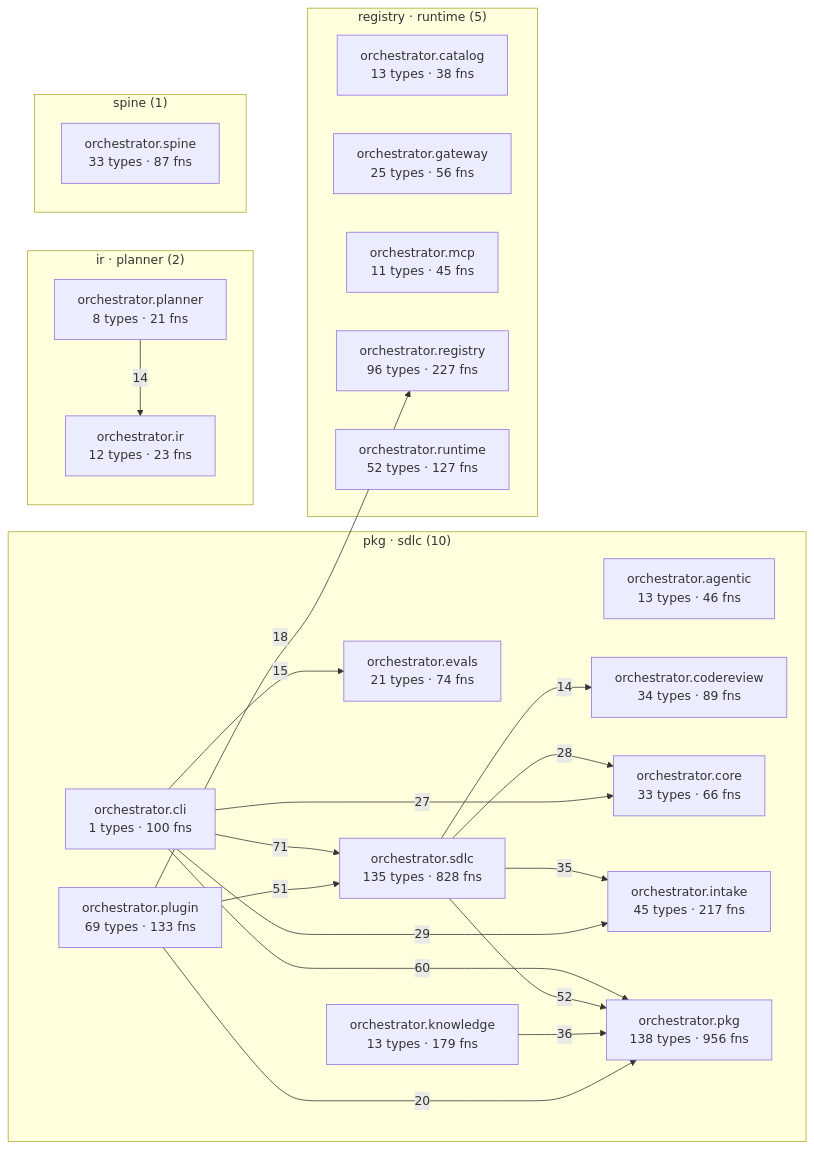
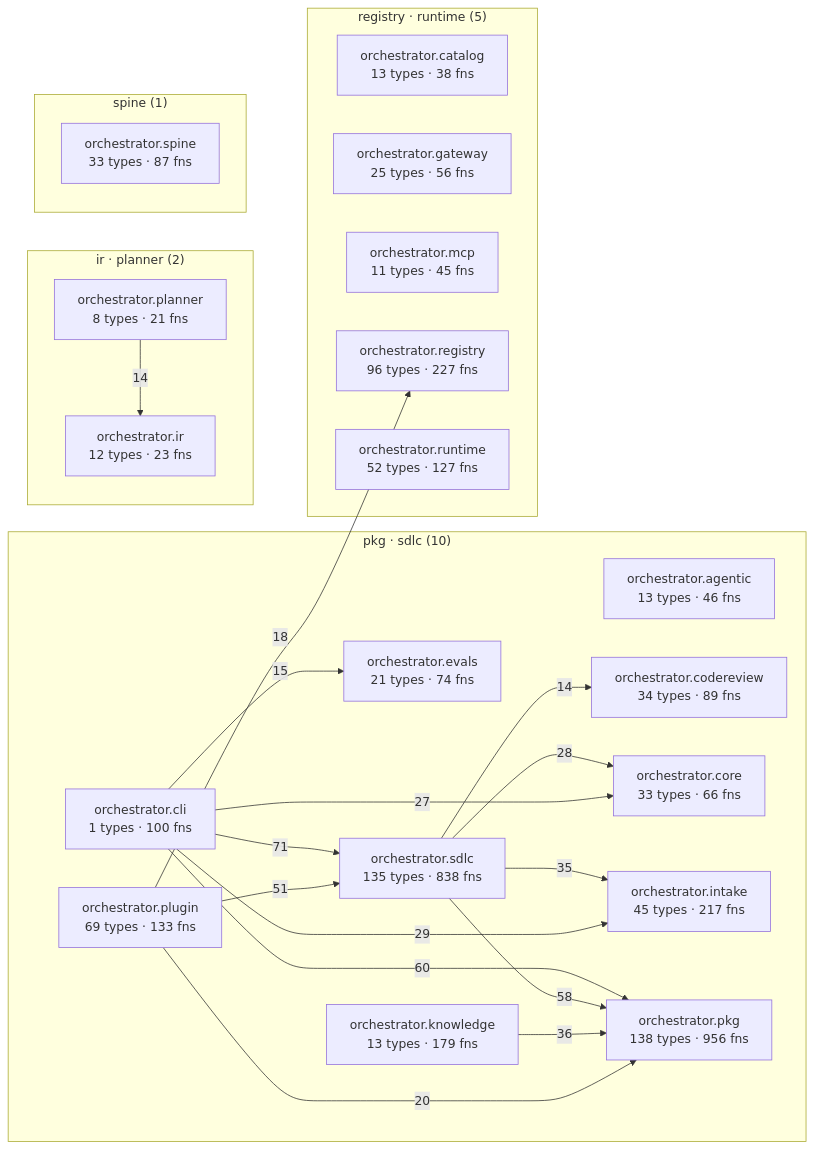
The diagram in episteme/architecture.md (palakupadhyay23/spine), drawn with Mermaid before and after one commit. The commit also changed other lines of this file and 19 other files, not shown here.

````diff
--- a/episteme/architecture.md
+++ b/episteme/architecture.md
@@ -54,43 +54,43 @@
 ```mermaid
 flowchart LR
   subgraph c_2["pkg · sdlc (10)"]
     aorchestratoragentic["orchestrator.agentic<br/>13 types · 46 fns"]
     aorchestratorcli["orchestrator.cli<br/>1 types · 100 fns"]
     aorchestratorcodereview["orchestrator.codereview<br/>34 types · 89 fns"]
     aorchestratorcore["orchestrator.core<br/>33 types · 66 fns"]
     aorchestratorevals["orchestrator.evals<br/>21 types · 74 fns"]
     aorchestratorintake["orchestrator.intake<br/>45 types · 217 fns"]
     aorchestratorknowledge["orchestrator.knowledge<br/>13 types · 179 fns"]
     aorchestratorpkg["orchestrator.pkg<br/>138 types · 956 fns"]
     aorchestratorplugin["orchestrator.plugin<br/>69 types · 133 fns"]
-    aorchestratorsdlc["orchestrator.sdlc<br/>135 types · 828 fns"]
+    aorchestratorsdlc["orchestrator.sdlc<br/>135 types · 838 fns"]
   end
   subgraph c_4["registry · runtime (5)"]
     aorchestratorcatalog["orchestrator.catalog<br/>13 types · 38 fns"]
     aorchestratorgateway["orchestrator.gateway<br/>25 types · 56 fns"]
     aorchestratormcp["orchestrator.mcp<br/>11 types · 45 fns"]
     aorchestratorregistry["orchestrator.registry<br/>96 types · 227 fns"]
     aorchestratorruntime["orchestrator.runtime<br/>52 types · 127 fns"]
   end
   subgraph c_7["ir · planner (2)"]
     aorchestratorir["orchestrator.ir<br/>12 types · 23 fns"]
     aorchestratorplanner["orchestrator.planner<br/>8 types · 21 fns"]
   end
   subgraph c_12["spine (1)"]
     aorchestratorspine["orchestrator.spine<br/>33 types · 87 fns"]
   end
   aorchestratorcli -->|71| aorchestratorsdlc
   aorchestratorcli -->|60| aorchestratorpkg
-  aorchestratorsdlc -->|52| aorchestratorpkg
+  aorchestratorsdlc -->|58| aorchestratorpkg
   aorchestratorplugin -->|51| aorchestratorsdlc
   aorchestratorknowledge -->|36| aorchestratorpkg
   aorchestratorsdlc -->|35| aorchestratorintake
   aorchestratorcli -->|29| aorchestratorintake
   aorchestratorsdlc -->|28| aorchestratorcore
   aorchestratorcli -->|27| aorchestratorcore
   aorchestratorplugin -->|20| aorchestratorpkg
   aorchestratorplugin -->|18| aorchestratorregistry
   aorchestratorcli -->|15| aorchestratorevals
   aorchestratorplanner -->|14| aorchestratorir
   aorchestratorsdlc -->|14| aorchestratorcodereview
 ```
````
